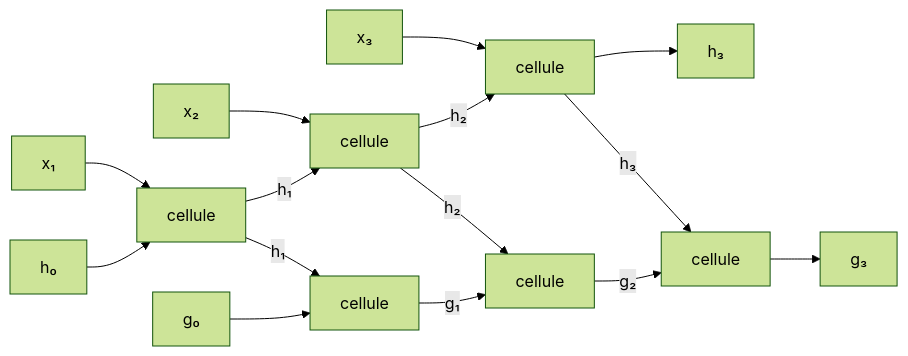
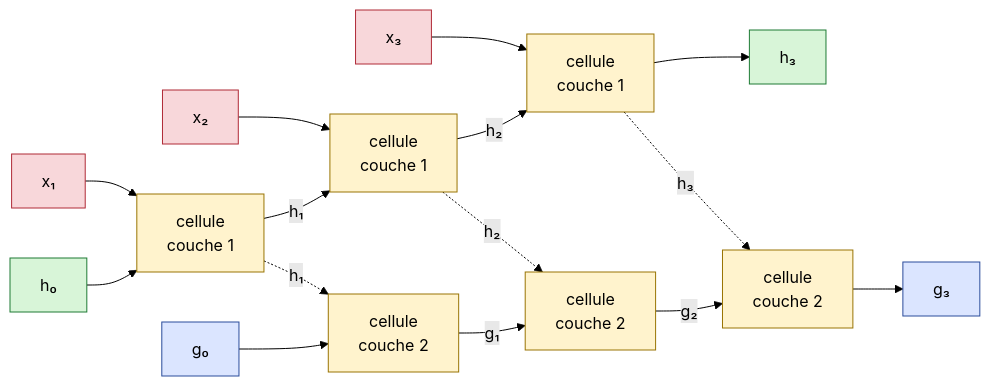
The diagram in Machine Learning/Couches récurrentes avec PyTorch.md (HydraaaNF/Obsidian-sciences-notes), drawn with Mermaid (forest theme) before and after one commit. The commit also changed other lines of this file and 7 other files, not shown here.

````diff
--- a/Machine Learning/Couches récurrentes avec PyTorch.md
+++ b/Machine Learning/Couches récurrentes avec PyTorch.md
@@ -70,17 +72,25 @@
 ```mermaid
 flowchart LR
-    x1["x₁"] --> a1["cellule"]
-    x2["x₂"] --> a2["cellule"]
-    x3["x₃"] --> a3["cellule"]
+    x1["x₁"] --> a1["cellule<br/>couche 1"]
+    x2["x₂"] --> a2["cellule<br/>couche 1"]
+    x3["x₃"] --> a3["cellule<br/>couche 1"]
     h0["h₀"] --> a1
     a1 -->|"h₁"| a2
     a2 -->|"h₂"| a3
     a3 --> h3["h₃"]
-    a1 -->|"h₁"| b1["cellule"]
-    a2 -->|"h₂"| b2["cellule"]
-    a3 -->|"h₃"| b3["cellule"]
+    a1 -.->|"h₁"| b1["cellule<br/>couche 2"]
+    a2 -.->|"h₂"| b2["cellule<br/>couche 2"]
+    a3 -.->|"h₃"| b3["cellule<br/>couche 2"]
     g0["g₀"] --> b1
     b1 -->|"g₁"| b2
     b2 -->|"g₂"| b3
     b3 --> g3["g₃"]
+    classDef entree fill:#f8d7da,stroke:#b02a37,color:#000
+    classDef memoire fill:#d8f5d8,stroke:#1e7b34,color:#000
+    classDef sortie fill:#dbe5ff,stroke:#2b4c9b,color:#000
+    classDef cellule fill:#fff3cd,stroke:#997404,color:#000
+    class x1,x2,x3 entree
+    class h0,h3 memoire
+    class g0,g3 sortie
+    class a1,a2,a3,b1,b2,b3 cellule
 ```
````
